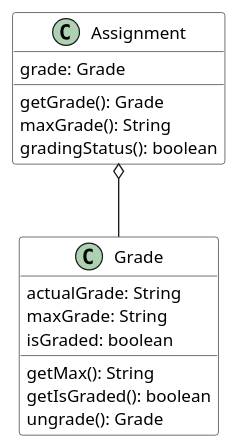
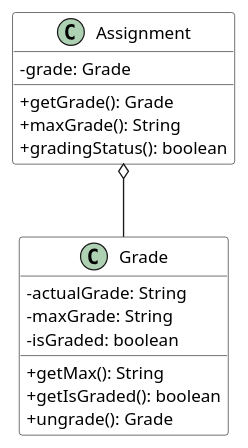
One commit to raydenlim/tp changed the diagram in docs/diagrams/GradeClass.puml. Above: the diagram before and after it, drawn with PlantUML. The commit also changed 3 other files, not shown here.

Commit message:
Update UML diagram

```diff
--- a/docs/diagrams/GradeClass.puml
+++ b/docs/diagrams/GradeClass.puml
@@ -1,24 +1,23 @@
 @startuml
 skinparam arrowThickness 1.1
 skinparam classBackgroundColor LOGIC_COLOR
+skinparam classAttributeIconSize 0
 
 Assignment o-- Grade
 
 class Assignment {
-grade: Grade
-getGrade(): Grade
-maxGrade(): String
-gradingStatus(): boolean
+-grade: Grade
++getGrade(): Grade
++maxGrade(): String
++gradingStatus(): boolean
 }
 
 class Grade {
-actualGrade: String
-maxGrade: String
-isGraded: boolean
-getMax(): String
-getIsGraded(): boolean
-ungrade(): Grade
+-actualGrade: String
+-maxGrade: String
+-isGraded: boolean
++getMax(): String
++getIsGraded(): boolean
++ungrade(): Grade
 }
-
-
 @enduml
```
